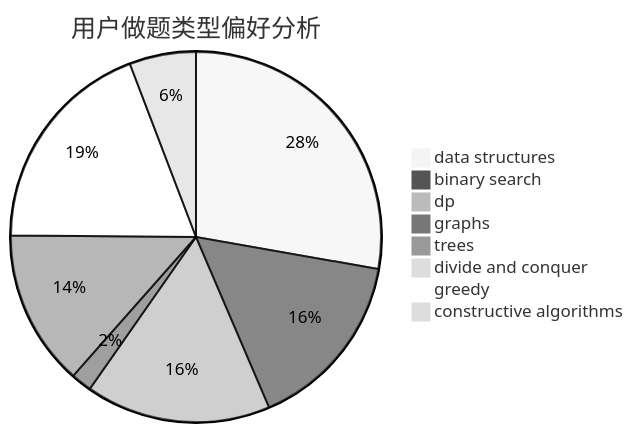
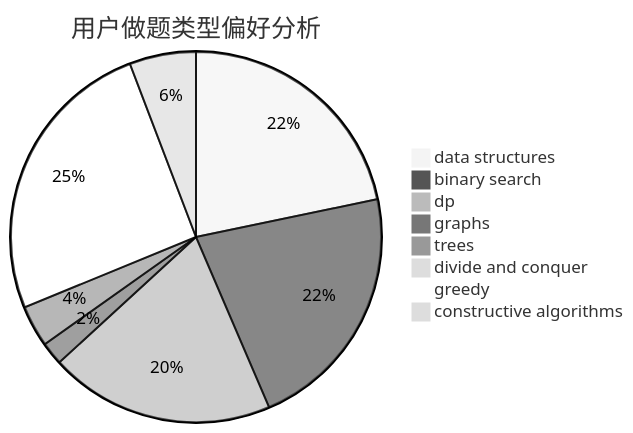
The second of 3 diagrams in docs/user/u477.md (sherpahu/cfrs.github.io), drawn with Mermaid (neutral theme) before and after one commit. The commit also changed other lines of this file and 2770 other files, not shown here.

````diff
--- a/docs/user/u477.md
+++ b/docs/user/u477.md
@@ -23,11 +23,11 @@
 ```mermaid
 pie title 用户做题类型偏好分析
-    "data structures" :  153
-    "binary search" :  87
-    "dp" :  89
-    "graphs" :  10
-    "trees" :  75
-    "divide and conquer" :  0
-    "greedy" :  105
-    "constructive algorithms" :  32
+    "data structures" :  468
+    "binary search" :  470
+    "dp" :  423
+    "graphs" :  43
+    "trees" :  78
+    "divide and conquer" :  9
+    "greedy" :  547
+    "constructive algorithms" :  125
 ```
````
